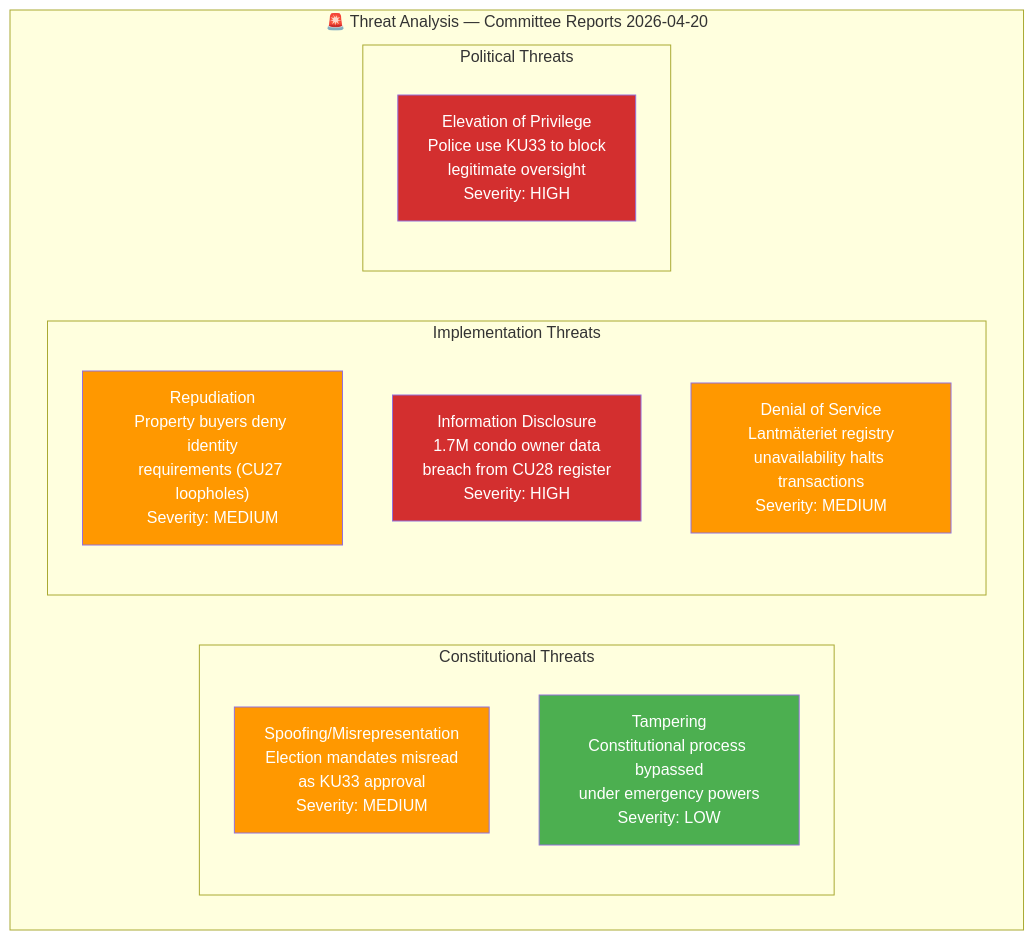
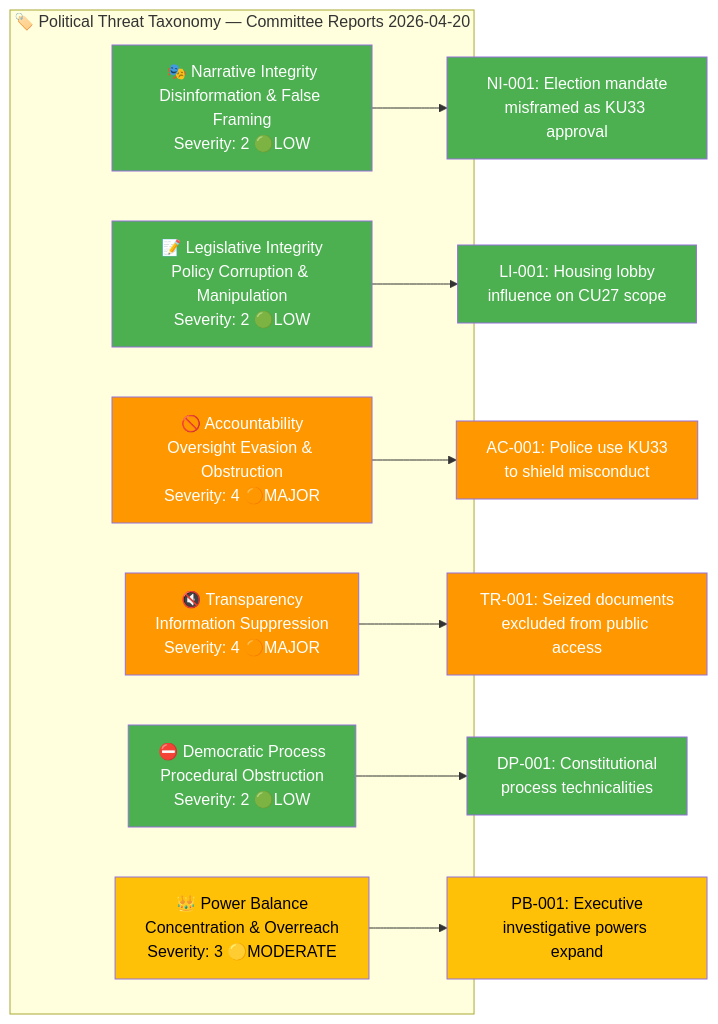
Before and after one commit to Hack23/riksdagsmonitor: the first of 3 diagrams in analysis/daily/2026-04-20/committeeReports/threat-analysis.md, drawn with Mermaid. The commit also changed other lines of this file and 14 other files, not shown here.

````diff
--- a/analysis/daily/2026-04-20/committeeReports/threat-analysis.md
+++ b/analysis/daily/2026-04-20/committeeReports/threat-analysis.md
@@ -12,23 +45,31 @@
 ```mermaid
-graph TD
-    subgraph "🚨 Threat Analysis — Committee Reports 2026-04-20"
-        subgraph "Constitutional Threats"
-            T1["Spoofing/Misrepresentation<br/>Election mandates misread<br/>as KU33 approval<br/>Severity: MEDIUM"]
-            T2["Tampering<br/>Constitutional process bypassed<br/>under emergency powers<br/>Severity: LOW"]
-        end
-        subgraph "Implementation Threats"
-            T3["Repudiation<br/>Property buyers deny identity<br/>requirements (CU27 loopholes)<br/>Severity: MEDIUM"]
-            T4["Information Disclosure<br/>1.7M condo owner data<br/>breach from CU28 register<br/>Severity: HIGH"]
-            T5["Denial of Service<br/>Lantmäteriet registry<br/>unavailability halts transactions<br/>Severity: MEDIUM"]
-        end
-        subgraph "Political Threats"
-            T6["Elevation of Privilege<br/>Police use KU33 to block<br/>legitimate oversight<br/>Severity: HIGH"]
-        end
+graph LR
+    subgraph "🏷️ Political Threat Taxonomy — Committee Reports 2026-04-20"
+        NI["🎭 Narrative Integrity<br/>Disinformation & False Framing<br/>Severity: 2 🟢LOW"]
+        LI["📝 Legislative Integrity<br/>Policy Corruption & Manipulation<br/>Severity: 2 🟢LOW"]
+        AC["🚫 Accountability<br/>Oversight Evasion & Obstruction<br/>Severity: 4 🟠MAJOR"]
+        TR["🔇 Transparency<br/>Information Suppression<br/>Severity: 4 🟠MAJOR"]
+        DP["⛔ Democratic Process<br/>Procedural Obstruction<br/>Severity: 2 🟢LOW"]
+        PB["👑 Power Balance<br/>Concentration & Overreach<br/>Severity: 3 🟡MODERATE"]
     end
-    style T1 fill:#FF9800,color:#fff
-    style T2 fill:#4CAF50,color:#fff
-    style T3 fill:#FF9800,color:#fff
-    style T4 fill:#D32F2F,color:#fff
-    style T5 fill:#FF9800,color:#fff
-    style T6 fill:#D32F2F,color:#fff
+
+    NI --> NI1["NI-001: Election mandate<br/>misframed as KU33 approval"]
+    LI --> LI1["LI-001: Housing lobby<br/>influence on CU27 scope"]
+    AC --> AC1["AC-001: Police use KU33<br/>to shield misconduct"]
+    TR --> TR1["TR-001: Seized documents<br/>excluded from public access"]
+    DP --> DP1["DP-001: Constitutional<br/>process technicalities"]
+    PB --> PB1["PB-001: Executive<br/>investigative powers expand"]
+
+    style NI fill:#4CAF50,color:#FFFFFF
+    style LI fill:#4CAF50,color:#FFFFFF
+    style AC fill:#FF9800,color:#FFFFFF
+    style TR fill:#FF9800,color:#FFFFFF
+    style DP fill:#4CAF50,color:#FFFFFF
+    style PB fill:#FFC107,color:#000000
+    style NI1 fill:#4CAF50,color:#FFFFFF
+    style LI1 fill:#4CAF50,color:#FFFFFF
+    style AC1 fill:#FF9800,color:#FFFFFF
+    style TR1 fill:#FF9800,color:#FFFFFF
+    style DP1 fill:#4CAF50,color:#FFFFFF
+    style PB1 fill:#FFC107,color:#000000
 ```
````
